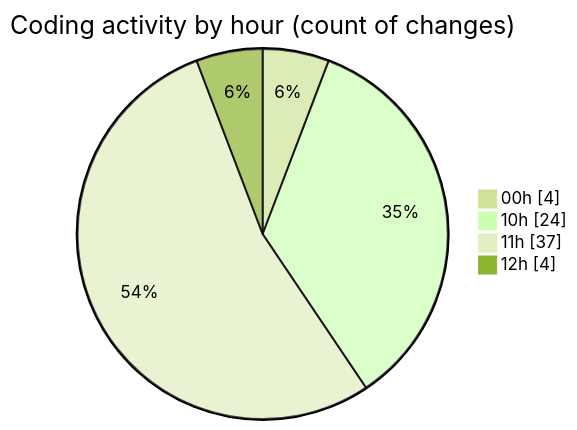
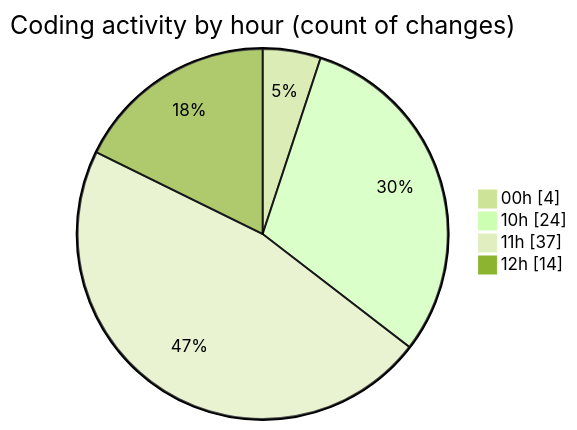
The second of 2 diagrams in 2025-04-04/back-end/README.md (Netris89/code-tracking), drawn with Mermaid (forest theme) before and after one commit. The commit also changed other lines of this file and 1 other file, not shown here.

````diff
--- a/2025-04-04/back-end/README.md
+++ b/2025-04-04/back-end/README.md
@@ -38,8 +39,8 @@
 ```mermaid
 pie showData
 title Coding activity by hour (count of changes)
 "00h" : 4
 "10h" : 24
 "11h" : 37
-"12h" : 4
+"12h" : 14
 ```
````
